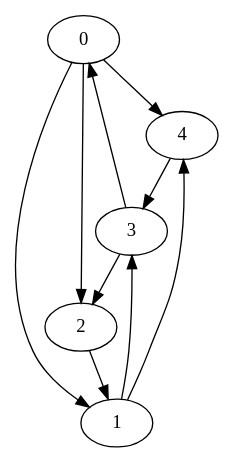
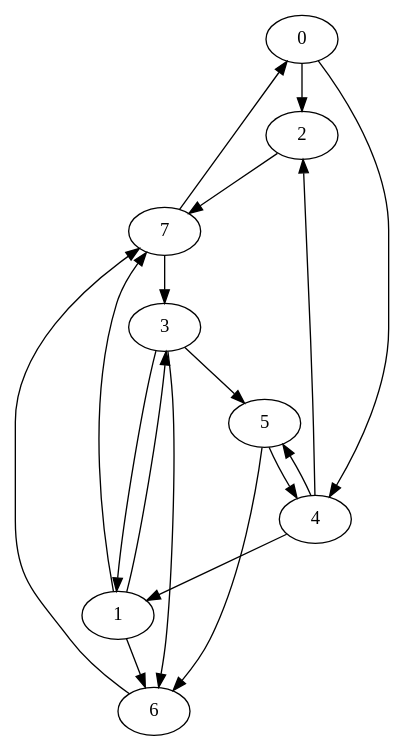
The diagram in src/G.dot (bohdan200211/Johnson-s-algorithm), drawn with Graphviz before and after one commit. The commit also changed 7 other files, not shown here.

Commit message:
Could generate randow Graph & WeigthMatrix. Algo and table mtrix presatation

```diff
--- a/src/G.dot
+++ b/src/G.dot
@@ -1,5 +1,11 @@
-# 5
+# 8
 digraph {
-   0 -> 4 -> 3 -> 2 -> 1 -> 4
-   0 -> 1 -> 3 -> 0 -> 2
+0 -> { 2 4 }
+1 -> { 3 6 7 }
+2 -> { 7 }
+3 -> { 1 5 6 }
+4 -> { 1 2 5 }
+5 -> { 4 6 }
+6 -> { 7 }
+7 -> { 0 3 }
 }
```
